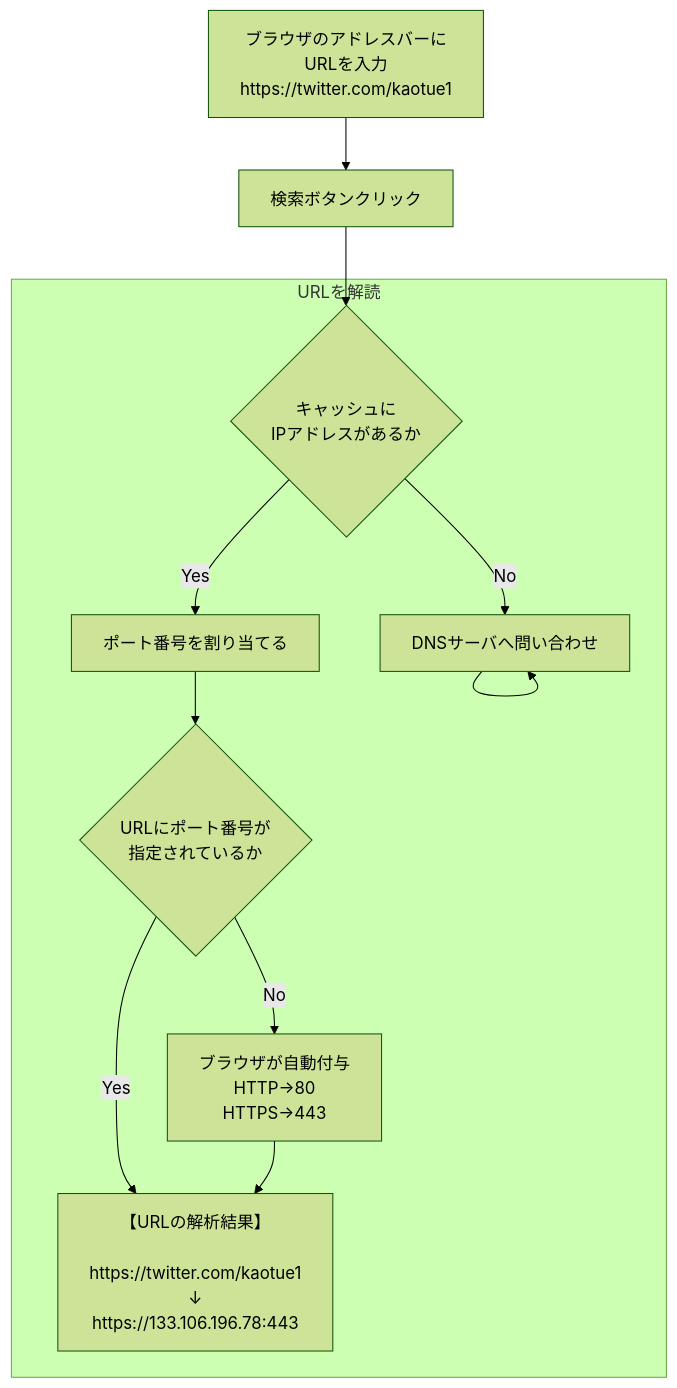
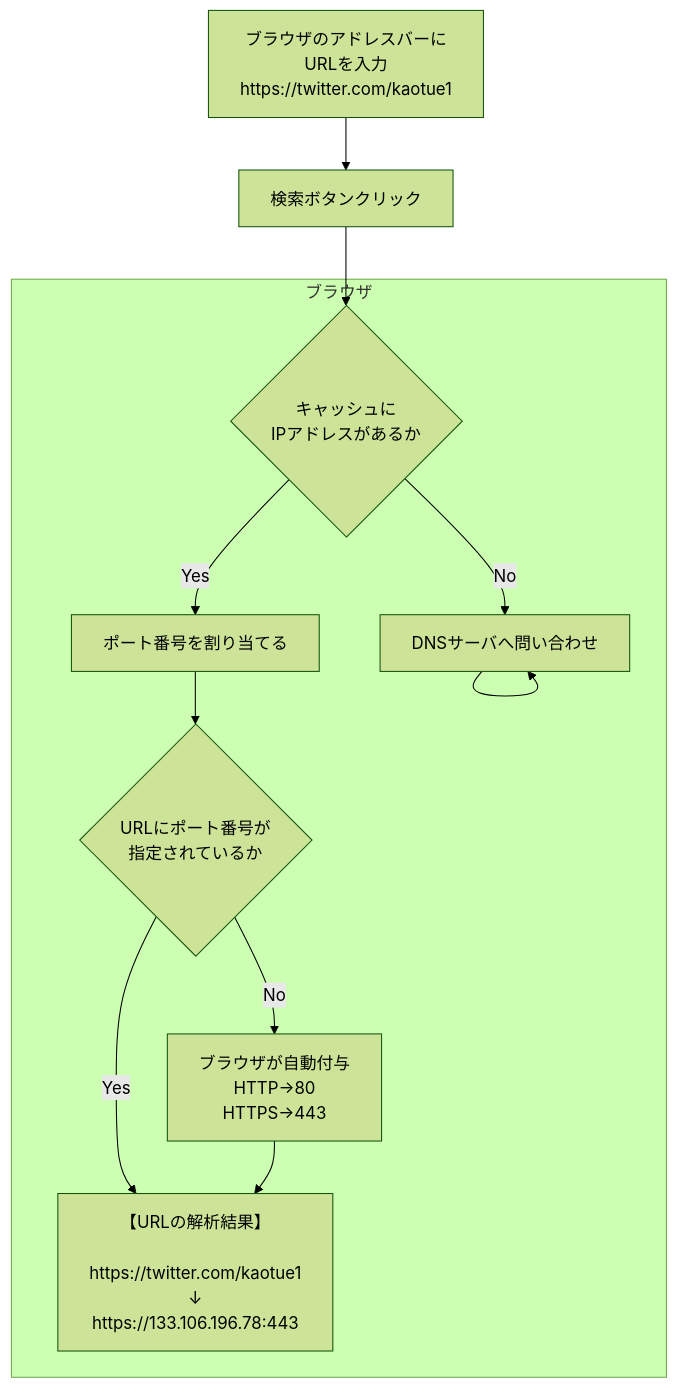
The diagram in doc/internet.md (kaotue3340/memo), drawn with Mermaid (forest theme) before and after one commit. The commit also changed other lines of this file, not shown here.

````diff
--- a/doc/internet.md
+++ b/doc/internet.md
@@ -11,13 +11,13 @@
 ```mermaid
 flowchart TD
   A1["ブラウザのアドレスバーにURLを入力\nhttps://twitter.com/kaotue1"]-->
   A2["検索ボタンクリック"]-->B1
-　subgraph URLを解読
+　subgraph ブラウザ
   B1{"キャッシュに\nIPアドレスがあるか"} --> |Yes| B2[OK]
   B1 --> |No| B9[DNSサーバへ問い合わせ] --> B9
   B2["ポート番号を割り当てる"] -->
   B3{"URLにポート番号が\n指定されているか"} --> |Yes| B4
   B3 --> |No| B99["ブラウザが自動付与\nHTTP->80\nHTTPS->443"] --> B4
   B4["【URLの解析結果】\n\nhttps://twitter.com/kaotue1\n↓\nhttps://133.106.196.78:443"]
   end
 ```
````
